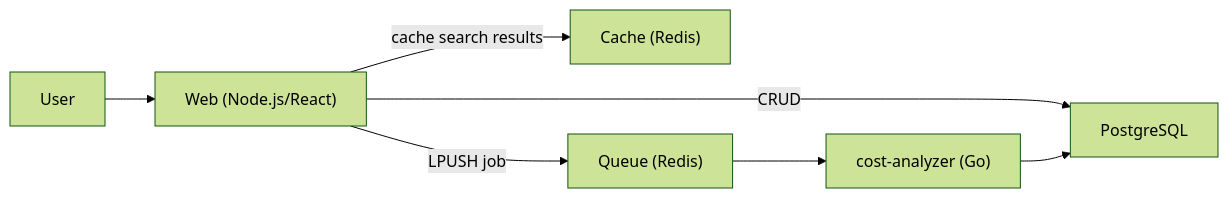
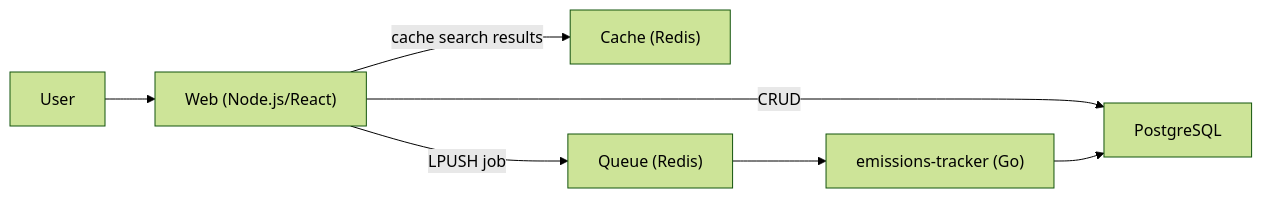
The diagram in README.md (aiven-demo/inventory-manager), drawn with Mermaid (forest theme) before and after one commit. The commit also changed other lines of this file and 10 other files, not shown here.

Commit message:
Emissions tracker

````diff
--- a/README.md
+++ b/README.md
@@ -7,9 +7,9 @@
 ```mermaid
 flowchart LR
     User --> Web["Web (Node.js/React)"]
     Web -- CRUD --> PostgreSQL
     Web -- cache search results --> Cache["Cache (Redis)"]
     Web -- LPUSH job --> Queue["Queue (Redis)"]
-    Queue --> Analyzer["cost-analyzer (Go)"]
+    Queue --> Analyzer["emissions-tracker (Go)"]
     Analyzer --> PostgreSQL
 ```
````
